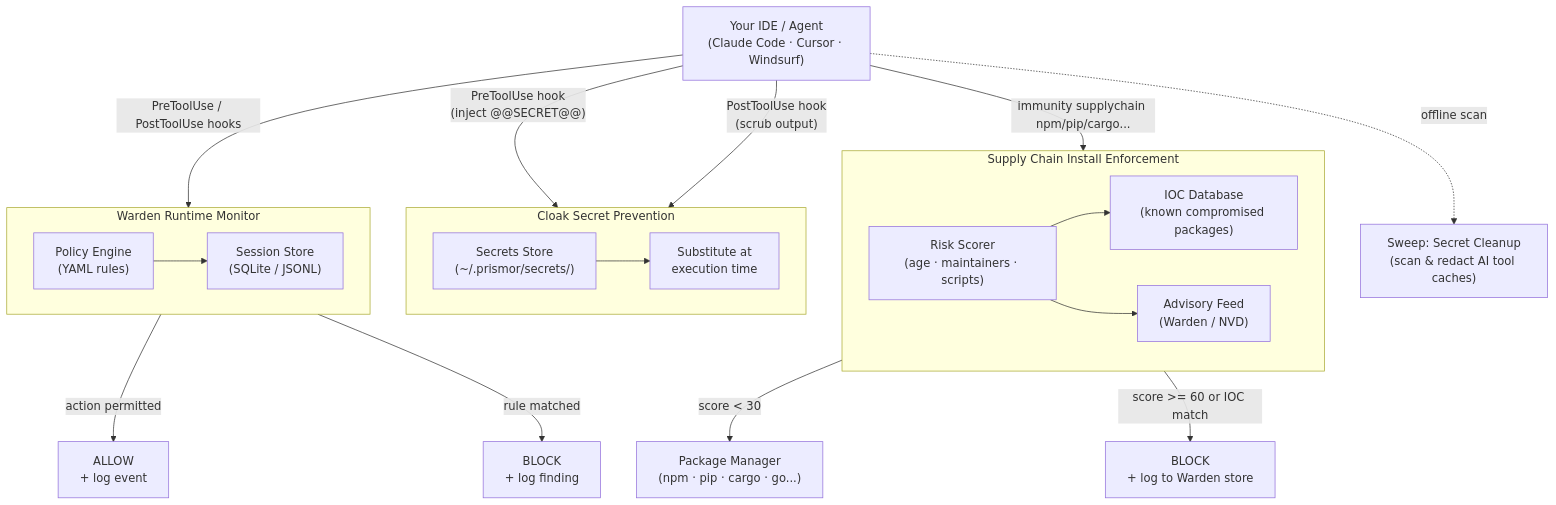
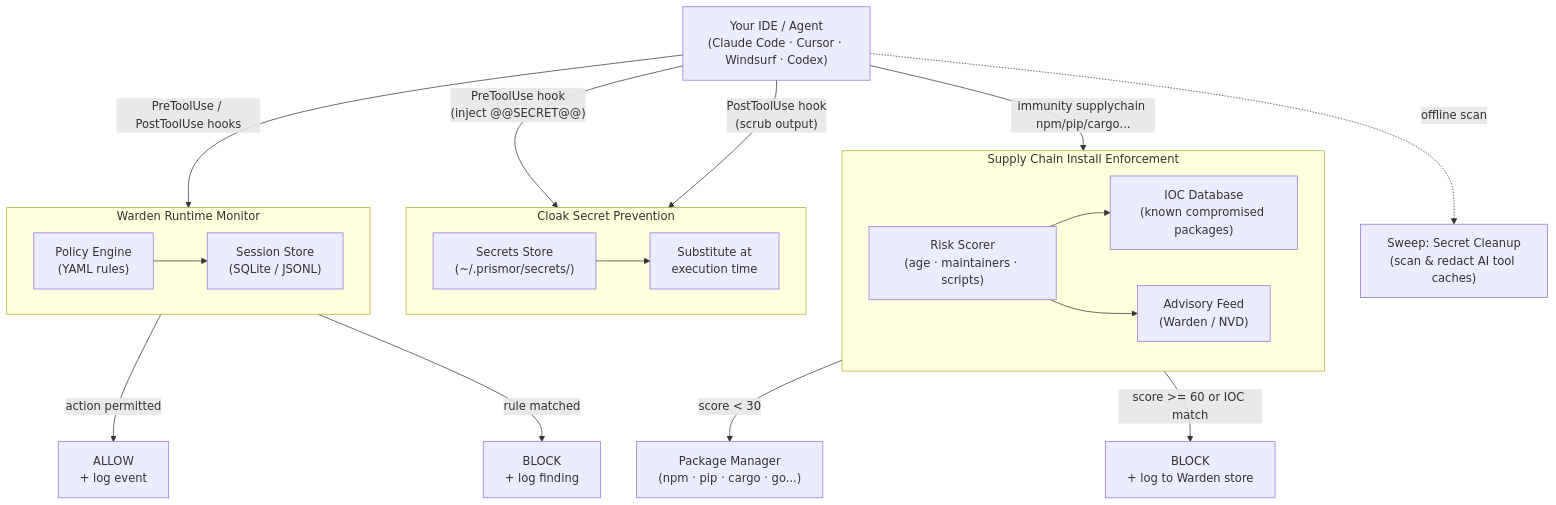
Before and after one commit to Priyansh10ff/immunity-agent: the diagram in README.md, drawn with Mermaid. The commit also changed other lines of this file and 8 other files, not shown here.

First line of the commit message:
feat: add Codex (OpenAI) as a supported agent

````diff
--- a/README.md
+++ b/README.md
@@ -272,40 +273,40 @@
 ```mermaid
 flowchart TD
-    IDE["Your IDE / Agent\n(Claude Code · Cursor · Windsurf)"]
+    IDE["Your IDE / Agent\n(Claude Code · Cursor · Windsurf · Codex)"]
 
     IDE -->|"PreToolUse / PostToolUse hooks"| Warden
 
     subgraph Warden["Warden Runtime Monitor"]
         Policy["Policy Engine\n(YAML rules)"]
         Session["Session Store\n(SQLite / JSONL)"]
         Policy --> Session
     end
 
     Warden -->|"action permitted"| Allow["ALLOW\n+ log event"]
     Warden -->|"rule matched"| Block["BLOCK\n+ log finding"]
 
     IDE -->|"PreToolUse hook\n(inject @@SECRET@@)"| Cloak
     IDE -->|"PostToolUse hook\n(scrub output)"| Cloak
 
     subgraph Cloak["Cloak Secret Prevention"]
         Store["Secrets Store\n(~/.prismor/secrets/)"]
         Cloak_Hook["Substitute at\nexecution time"]
         Store --> Cloak_Hook
     end
 
     Sweep["Sweep: Secret Cleanup\n(scan & redact AI tool caches)"]
     IDE -.->|"offline scan"| Sweep
 
     IDE -->|"immunity supplychain npm/pip/cargo..."| SC
 
     subgraph SC["Supply Chain Install Enforcement"]
         Scorer["Risk Scorer\n(age · maintainers · scripts)"]
         IOC["IOC Database\n(known compromised packages)"]
         Feed["Advisory Feed\n(Warden / NVD)"]
         Scorer --> IOC
         Scorer --> Feed
     end
 
     SC -->|"score < 30"| PkgMgr["Package Manager\n(npm · pip · cargo · go...)"]
     SC -->|"score >= 60 or IOC match"| SCBlock["BLOCK\n+ log to Warden store"]
 ```
````
